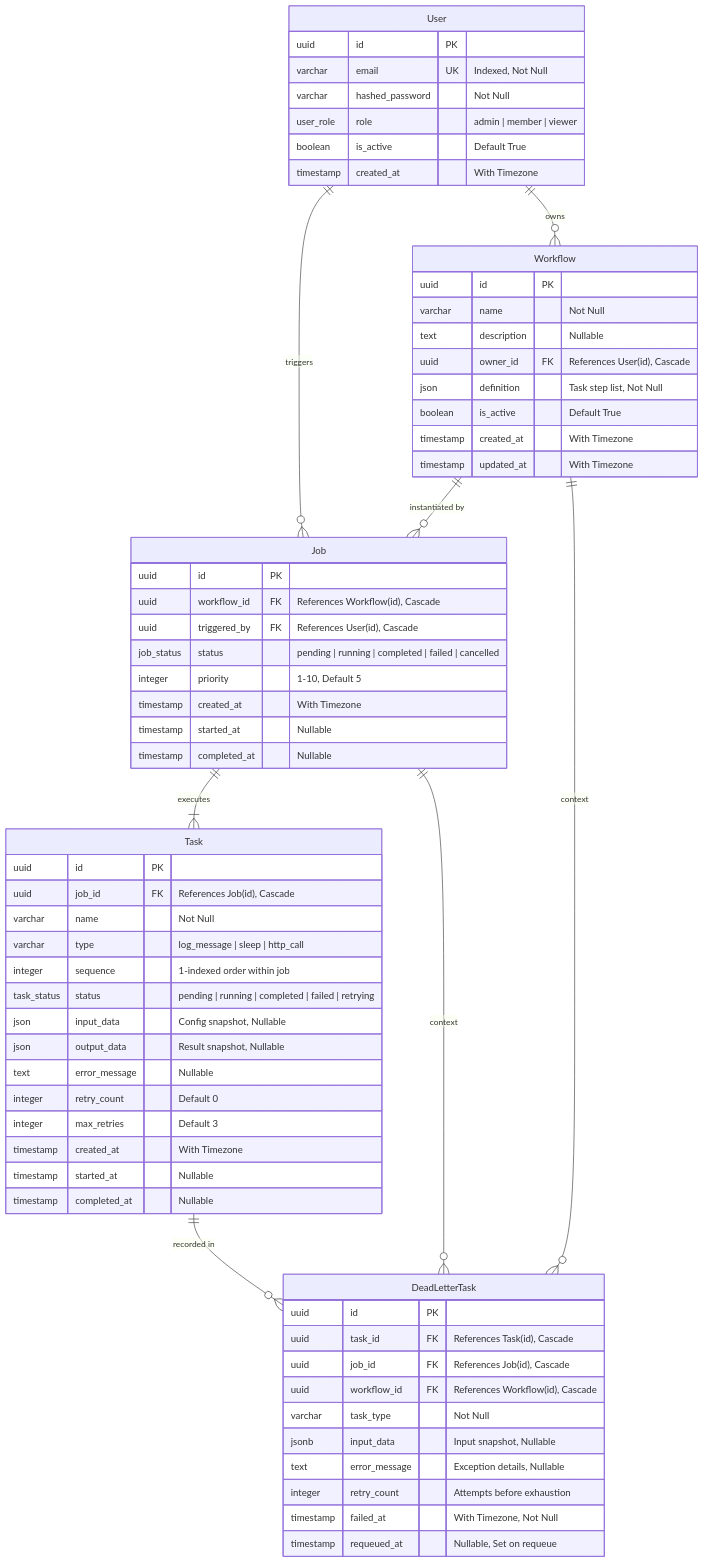
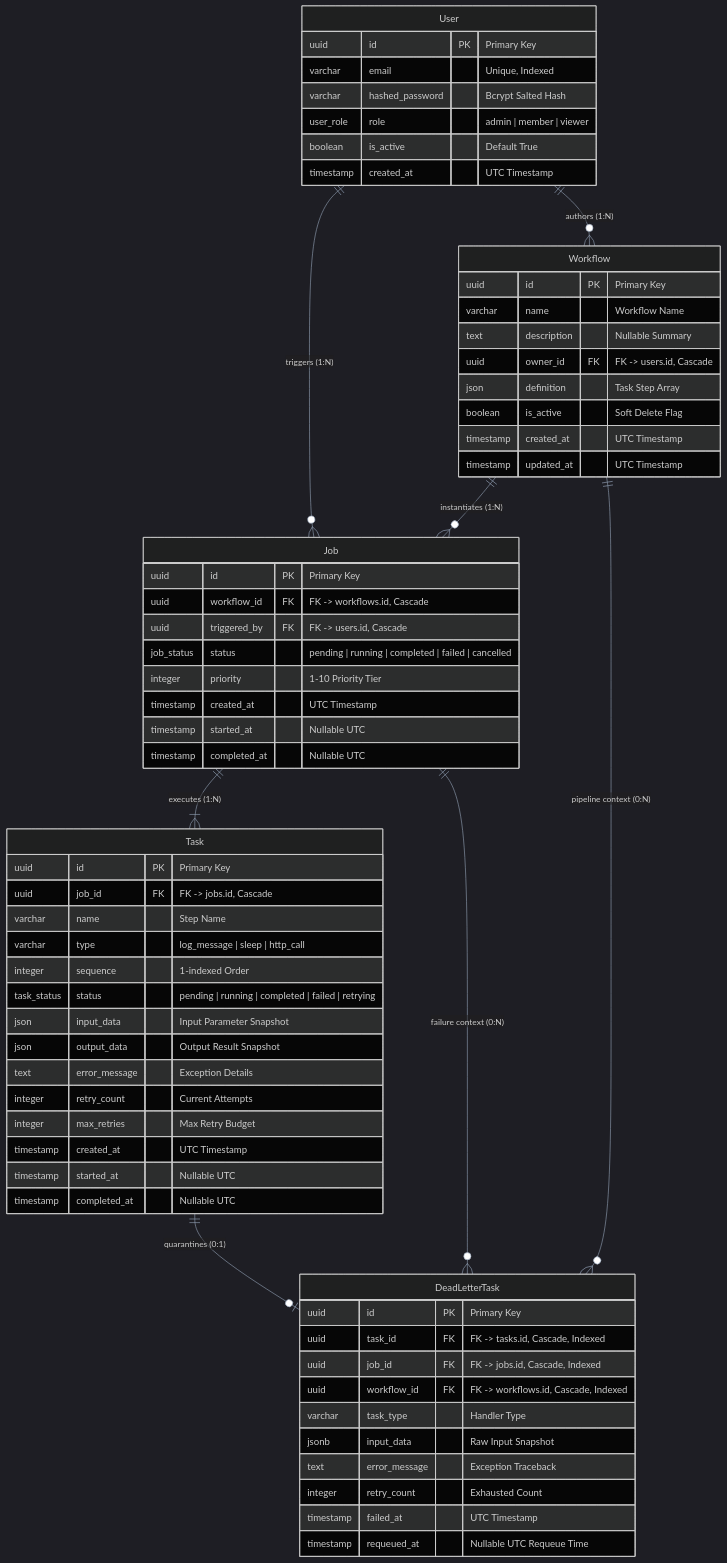
The first of 3 diagrams in docs/04-reference/data-model.md (chandadiya2004/FlowForge), drawn with Mermaid before and after one commit. The commit also changed other lines of this file and 3 other files, not shown here.

Commit message:
docs: add comprehensive reference documentation for environment variables, API, CI/CD pipeline, and data model

````diff
--- a/docs/04-reference/data-model.md
+++ b/docs/04-reference/data-model.md
@@ -9,71 +11,82 @@
 ```mermaid
+%%{init: {
+  'theme': 'dark',
+  'themeVariables': {
+    'darkMode': true,
+    'background': '#0b0f19',
+    'primaryColor': '#1e293b',
+    'primaryTextColor': '#f8fafc',
+    'primaryBorderColor': '#38bdf8',
+    'lineColor': '#94a3b8'
+  }
+}}%%
 erDiagram
-    User ||--o{ Workflow : "owns"
-    User ||--o{ Job : "triggers"
-    Workflow ||--o{ Job : "instantiated by"
-    Job ||--|{ Task : "executes"
-    Task ||--o{ DeadLetterTask : "recorded in"
-    Job ||--o{ DeadLetterTask : "context"
-    Workflow ||--o{ DeadLetterTask : "context"
+    User ||--o{ Workflow : "authors (1:N)"
+    User ||--o{ Job : "triggers (1:N)"
+    Workflow ||--o{ Job : "instantiates (1:N)"
+    Job ||--|{ Task : "executes (1:N)"
+    Task ||--o| DeadLetterTask : "quarantines (0:1)"
+    Job ||--o{ DeadLetterTask : "failure context (0:N)"
+    Workflow ||--o{ DeadLetterTask : "pipeline context (0:N)"
 
     User {
-        uuid id PK
-        varchar email UK "Indexed, Not Null"
-        varchar hashed_password "Not Null"
+        uuid id PK "Primary Key"
+        varchar email "Unique, Indexed"
+        varchar hashed_password "Bcrypt Salted Hash"
         user_role role "admin | member | viewer"
         boolean is_active "Default True"
-        timestamp created_at "With Timezone"
+        timestamp created_at "UTC Timestamp"
     }
 
     Workflow {
-        uuid id PK
-        varchar name "Not Null"
-        text description "Nullable"
-        uuid owner_id FK "References User(id), Cascade"
-        json definition "Task step list, Not Null"
-        boolean is_active "Default True"
-        timestamp created_at "With Timezone"
-        timestamp updated_at "With Timezone"
+        uuid id PK "Primary Key"
+        varchar name "Workflow Name"
+        text description "Nullable Summary"
+        uuid owner_id FK "FK -> users.id, Cascade"
+        json definition "Task Step Array"
+        boolean is_active "Soft Delete Flag"
+        timestamp created_at "UTC Timestamp"
+        timestamp updated_at "UTC Timestamp"
     }
 
     Job {
-        uuid id PK
-        uuid workflow_id FK "References Workflow(id), Cascade"
-        uuid triggered_by FK "References User(id), Cascade"
+        uuid id PK "Primary Key"
+        uuid workflow_id FK "FK -> workflows.id, Cascade"
+        uuid triggered_by FK "FK -> users.id, Cascade"
         job_status status "pending | running | completed | failed | cancelled"
-        integer priority "1-10, Default 5"
-        timestamp created_at "With Timezone"
-        timestamp started_at "Nullable"
-        timestamp completed_at "Nullable"
+        integer priority "1-10 Priority Tier"
+        timestamp created_at "UTC Timestamp"
+        timestamp started_at "Nullable UTC"
+        timestamp completed_at "Nullable UTC"
     }
 
     Task {
-        uuid id PK
-        uuid job_id FK "References Job(id), Cascade"
-        varchar name "Not Null"
+        uuid id PK "Primary Key"
+        uuid job_id FK "FK -> jobs.id, Cascade"
+        varchar name "Step Name"
         varchar type "log_message | sleep | http_call"
-        integer sequence "1-indexed order within job"
+        integer sequence "1-indexed Order"
         task_status status "pending | running | completed | failed | retrying"
-        json input_data "Config snapshot, Nullable"
-        json output_data "Result snapshot, Nullable"
-        text error_message "Nullable"
-        integer retry_count "Default 0"
-        integer max_retries "Default 3"
-        timestamp created_at "With Timezone"
-        timestamp started_at "Nullable"
-        timestamp completed_at "Nullable"
+        json input_data "Input Parameter Snapshot"
+        json output_data "Output Result Snapshot"
+        text error_message "Exception Details"
+        integer retry_count "Current Attempts"
+        integer max_retries "Max Retry Budget"
+        timestamp created_at "UTC Timestamp"
+        timestamp started_at "Nullable UTC"
+        timestamp completed_at "Nullable UTC"
     }
 
     DeadLetterTask {
-        uuid id PK
-        uuid task_id FK "References Task(id), Cascade"
-        uuid job_id FK "References Job(id), Cascade"
-        uuid workflow_id FK "References Workflow(id), Cascade"
-        varchar task_type "Not Null"
-        jsonb input_data "Input snapshot, Nullable"
-        text error_message "Exception details, Nullable"
-        integer retry_count "Attempts before exhaustion"
-        timestamp failed_at "With Timezone, Not Null"
-        timestamp requeued_at "Nullable, Set on requeue"
+        uuid id PK "Primary Key"
+        uuid task_id FK "FK -> tasks.id, Cascade, Indexed"
+        uuid job_id FK "FK -> jobs.id, Cascade, Indexed"
+        uuid workflow_id FK "FK -> workflows.id, Cascade, Indexed"
+        varchar task_type "Handler Type"
+        jsonb input_data "Raw Input Snapshot"
+        text error_message "Exception Traceback"
+        integer retry_count "Exhausted Count"
+        timestamp failed_at "UTC Timestamp"
+        timestamp requeued_at "Nullable UTC Requeue Time"
     }
 ```
````
